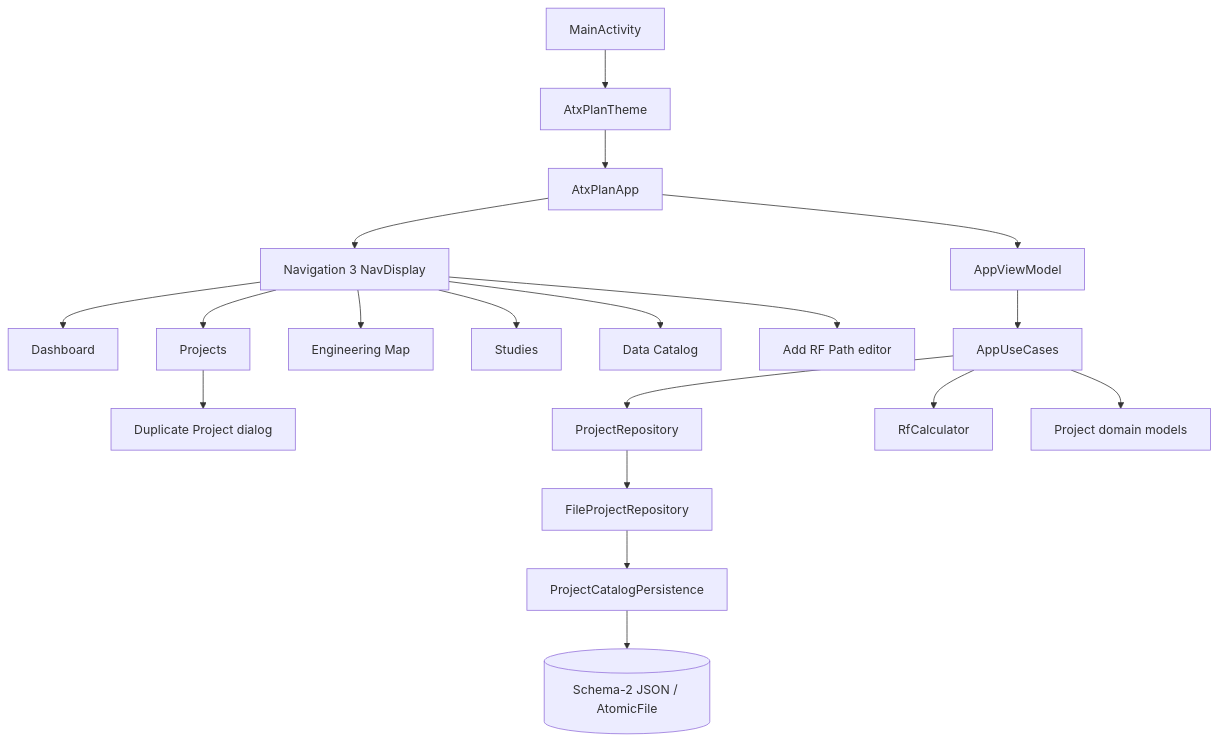
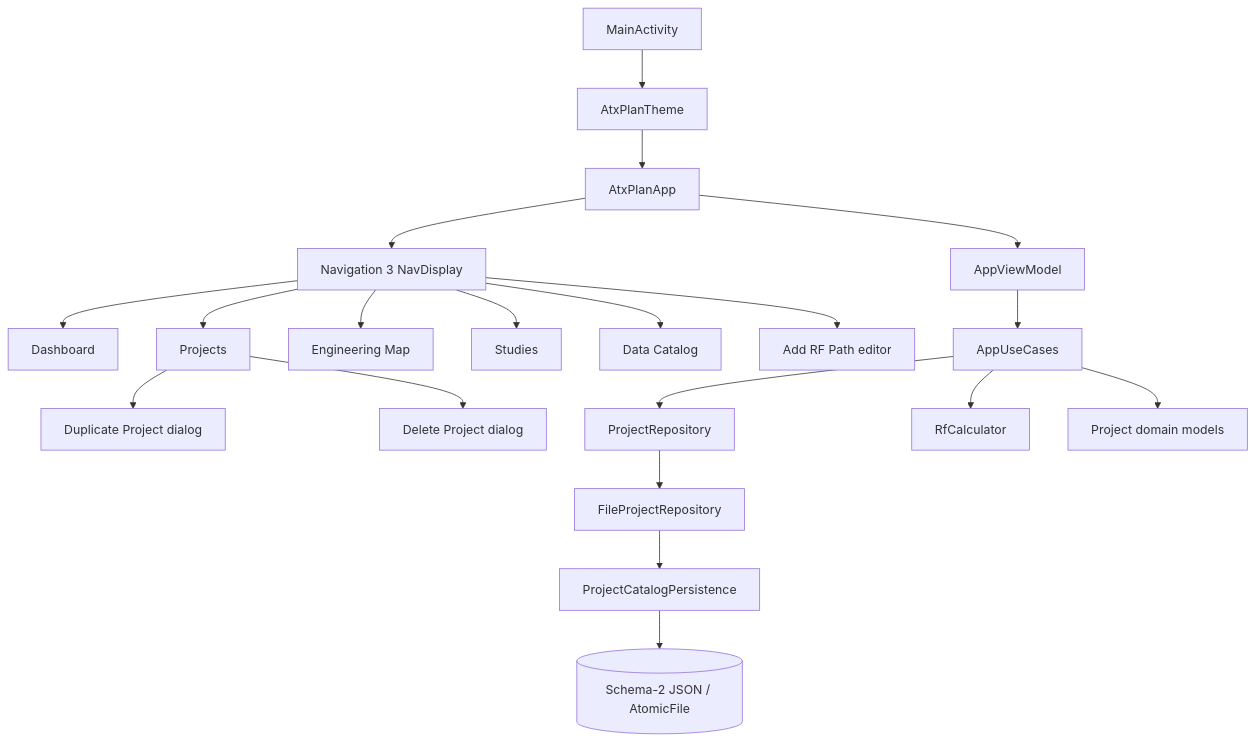
The first of 4 diagrams in docs/ARCHITECTURE.md (Gecesars/ATX_PLA_APK), drawn with Mermaid before and after one commit. The commit also changed other lines of this file and 13 other files, not shown here.

````diff
--- a/docs/ARCHITECTURE.md
+++ b/docs/ARCHITECTURE.md
@@ -25,21 +25,22 @@
 ```mermaid
 flowchart TD
     ACT[MainActivity] --> THEME[AtxPlanTheme]
     THEME --> APP[AtxPlanApp]
     APP --> VM[AppViewModel]
     APP --> NAV[Navigation 3 NavDisplay]
     NAV --> DASH[Dashboard]
     NAV --> PROJECTS[Projects]
     NAV --> MAP[Engineering Map]
     NAV --> STUDIES[Studies]
     NAV --> CATALOG[Data Catalog]
     NAV --> EDITOR[Add RF Path editor]
     PROJECTS --> DUPLICATE[Duplicate Project dialog]
+    PROJECTS --> DELETE[Delete Project dialog]
     VM --> USE[AppUseCases]
     USE --> PORT[ProjectRepository]
     USE --> RF[RfCalculator]
     USE --> DOMAIN[Project domain models]
     PORT --> FILE[FileProjectRepository]
     FILE --> PERSIST[ProjectCatalogPersistence]
     PERSIST --> JSON[(Schema-2 JSON / AtomicFile)]
 ```
````
